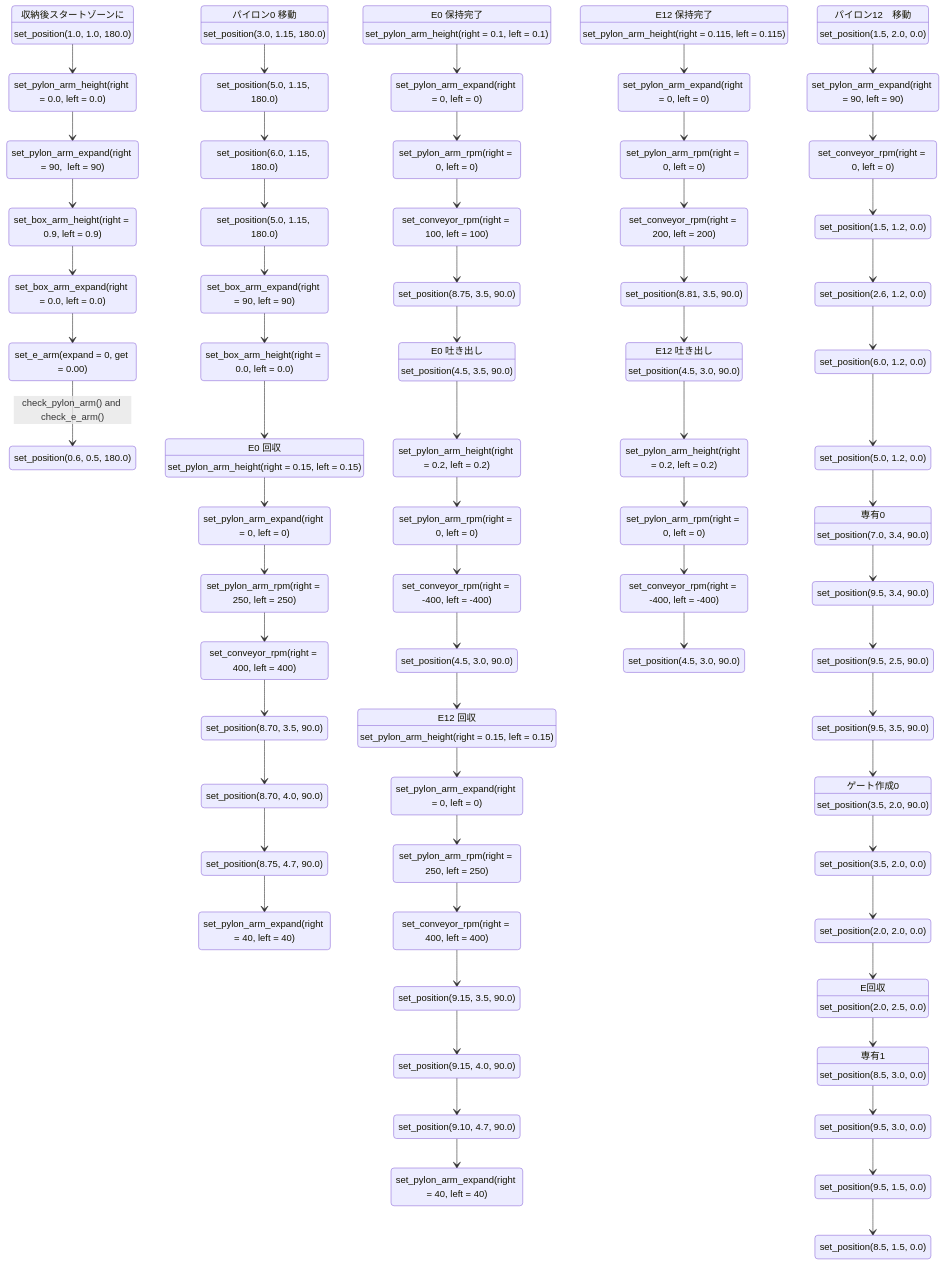
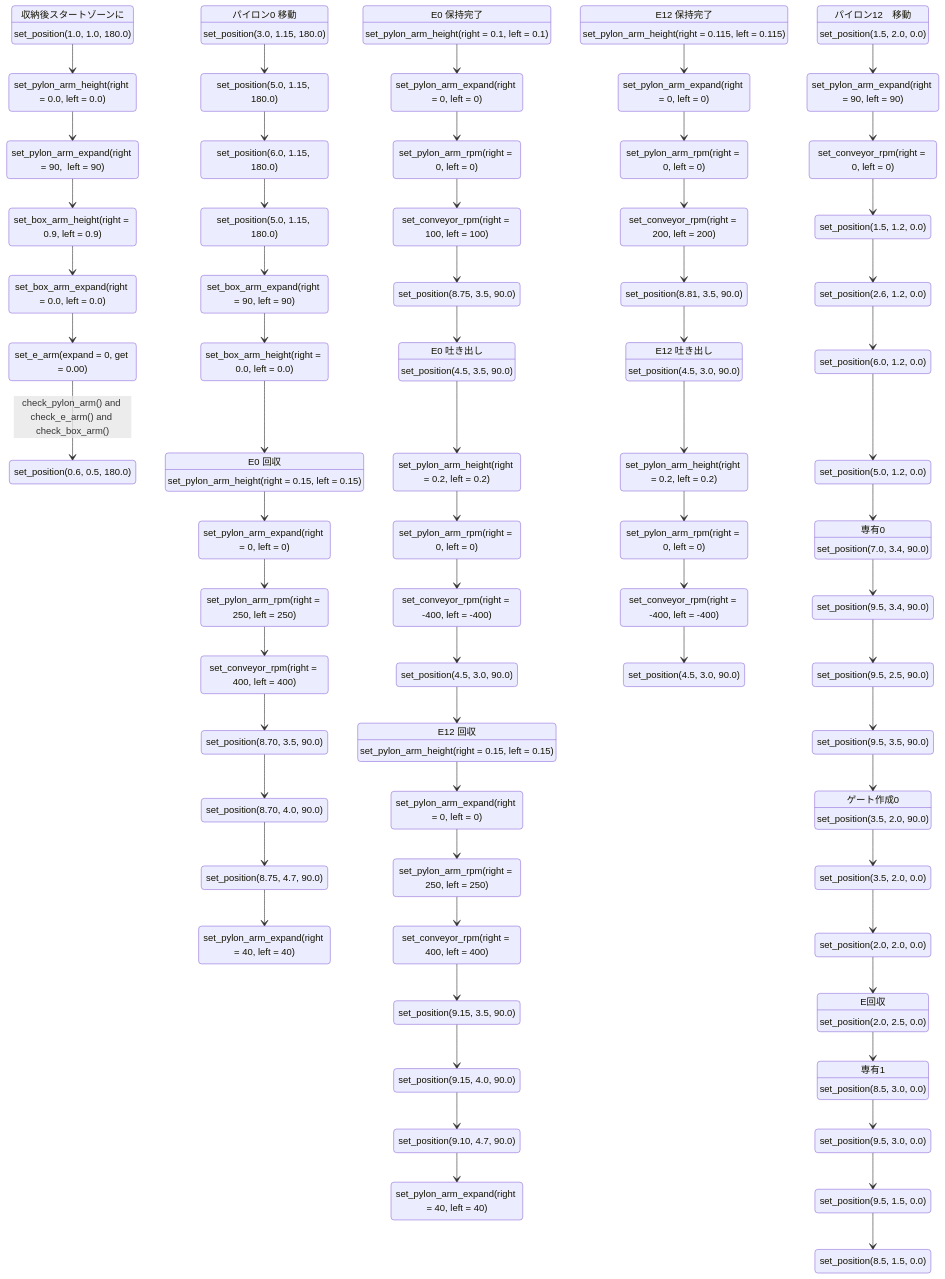
One commit to NITIC-Robot-Club/nhk2025b_ros2 changed the diagram in src/launch/nhk2025b_launch/state_graph/real.md. Above: the diagram before and after it, drawn with Mermaid. The commit also changed 10 other files, not shown here.

```diff
--- a/src/launch/nhk2025b_launch/state_graph/real.md
+++ b/src/launch/nhk2025b_launch/state_graph/real.md
@@ -15,7 +15,7 @@
     start_pylon_expand   --> start_box_arm_height
     start_box_arm_height --> start_box_arm_expand
     start_box_arm_expand --> start_e_arm
-    start_e_arm          --> start_position_1 : check_pylon_arm() and check_e_arm()
+    start_e_arm          --> start_position_1 : check_pylon_arm() and check_e_arm() and check_box_arm()
 
 
     pylon_0_position_get   : パイロン0 移動
```
